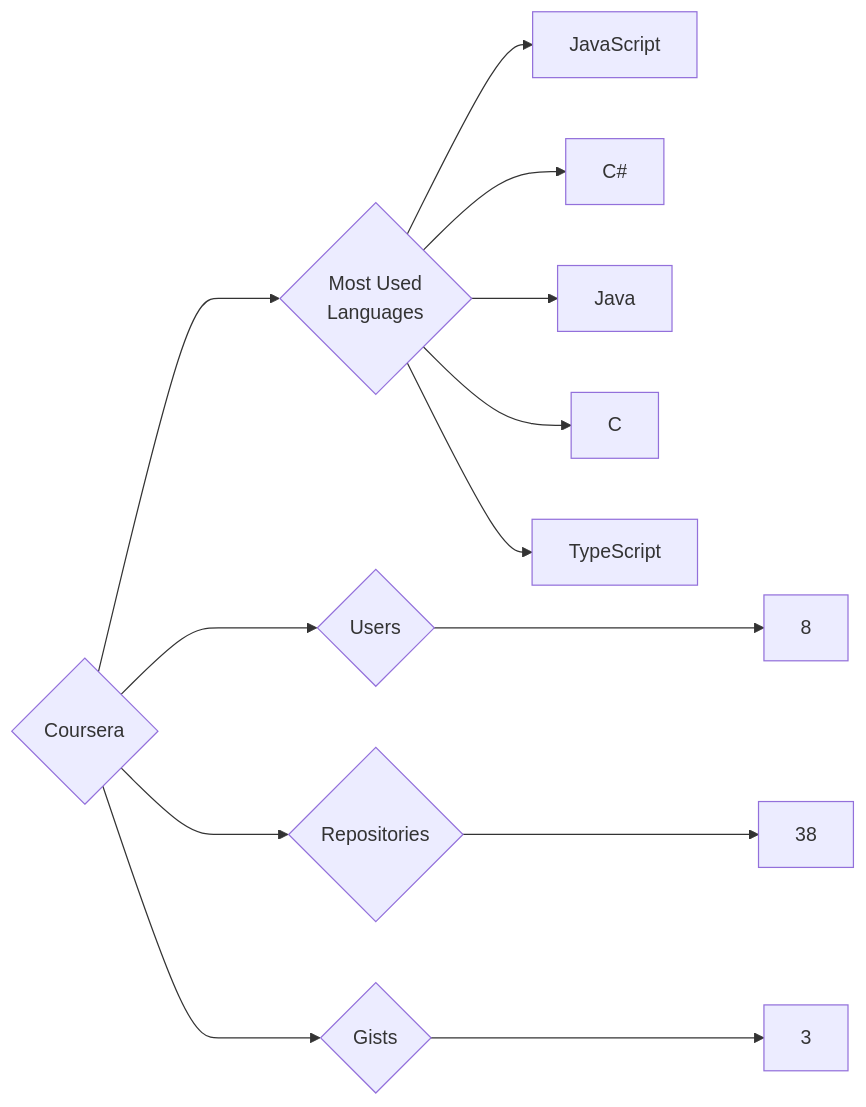
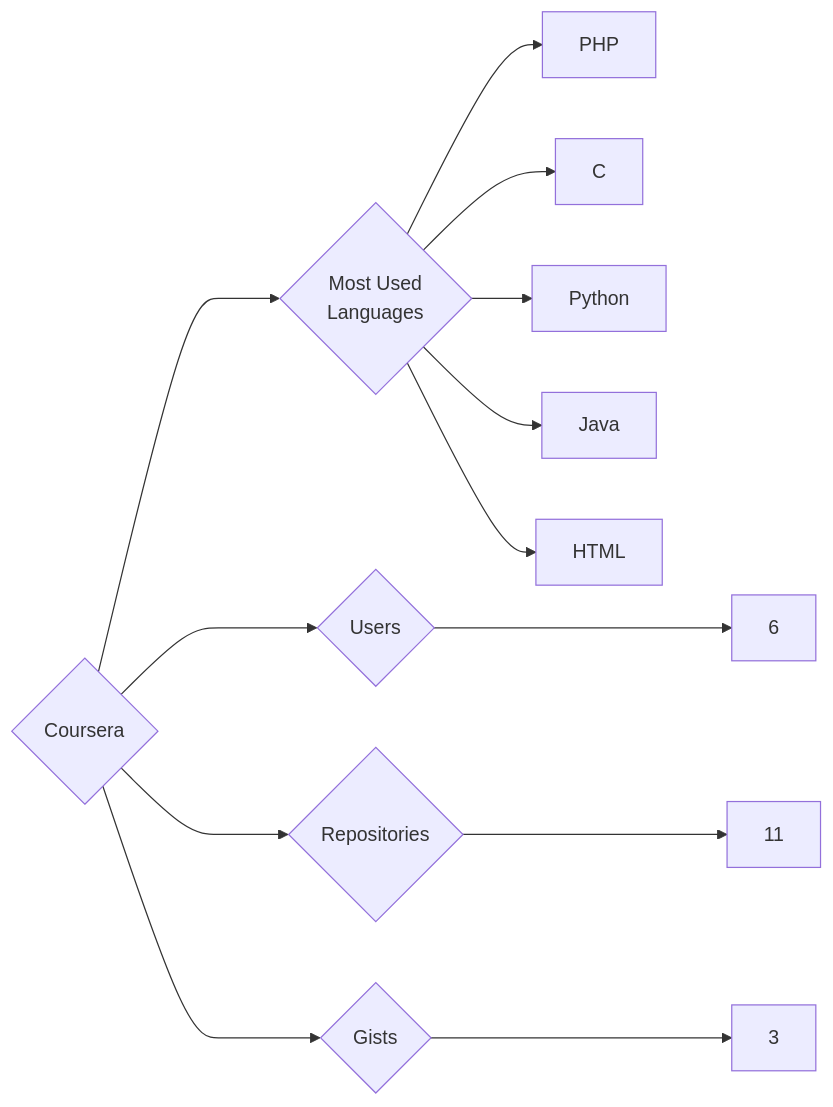
Before and after one commit to trickest/insiders: the diagram in targets/Coursera/README.md, drawn with Mermaid. The commit also changed 815 other files, not shown here.

````diff
--- a/targets/Coursera/README.md
+++ b/targets/Coursera/README.md
@@ -3,13 +3,13 @@
 ```mermaid
 graph LR
 COMPANY_NAME{Coursera}
-COMPANY_NAME ---> U{Users} ---> UN[8]
-COMPANY_NAME ---> R{Repositories} ---> RN[38]
+COMPANY_NAME ---> U{Users} ---> UN[6]
+COMPANY_NAME ---> R{Repositories} ---> RN[11]
 COMPANY_NAME ---> G{Gists} ---> GN[3]
 COMPANY_NAME ---> ML{Most Used<br>Languages}
-ML --> JavaScript[JavaScript]
-ML --> C#[C#]
+ML --> PHP[PHP]
+ML --> C[C]
+ML --> Python[Python]
 ML --> Java[Java]
-ML --> C[C]
-ML --> TypeScript[TypeScript]
+ML --> HTML[HTML]
 ```
````
